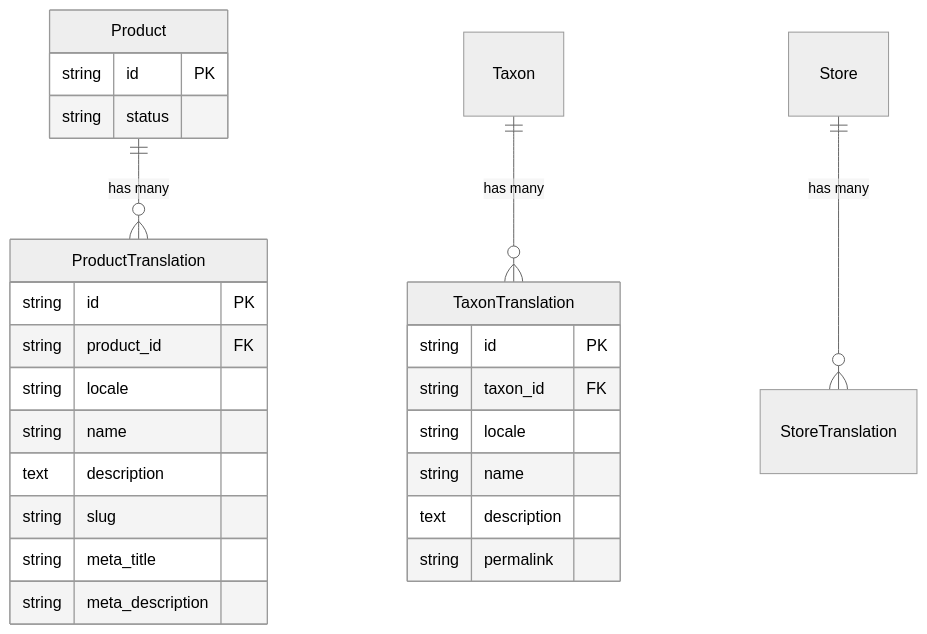
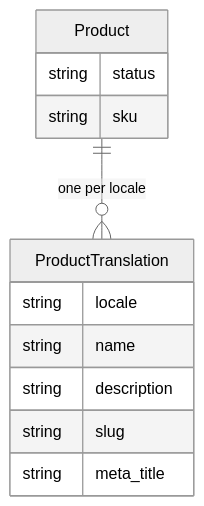
The diagram in docs/developer/core-concepts/translations.mdx (spree/spree), drawn with Mermaid (neutral theme) before and after one commit. The commit also changed other lines of this file and 28 other files, not shown here.

````diff
--- a/docs/developer/core-concepts/translations.mdx
+++ b/docs/developer/core-concepts/translations.mdx
@@ -19,31 +22,16 @@
 ```mermaid
 erDiagram
-    Product ||--o{ ProductTranslation : "has many"
-    Taxon ||--o{ TaxonTranslation : "has many"
-    Store ||--o{ StoreTranslation : "has many"
+    Product ||--o{ ProductTranslation : "one per locale"
 
     Product {
-        string id PK
         string status
+        string sku
     }
-
     ProductTranslation {
-        string id PK
-        string product_id FK
         string locale
         string name
-        text description
+        string description
         string slug
         string meta_title
-        string meta_description
-    }
-
-    TaxonTranslation {
-        string id PK
-        string taxon_id FK
-        string locale
-        string name
-        text description
-        string permalink
     }
 ```
````
